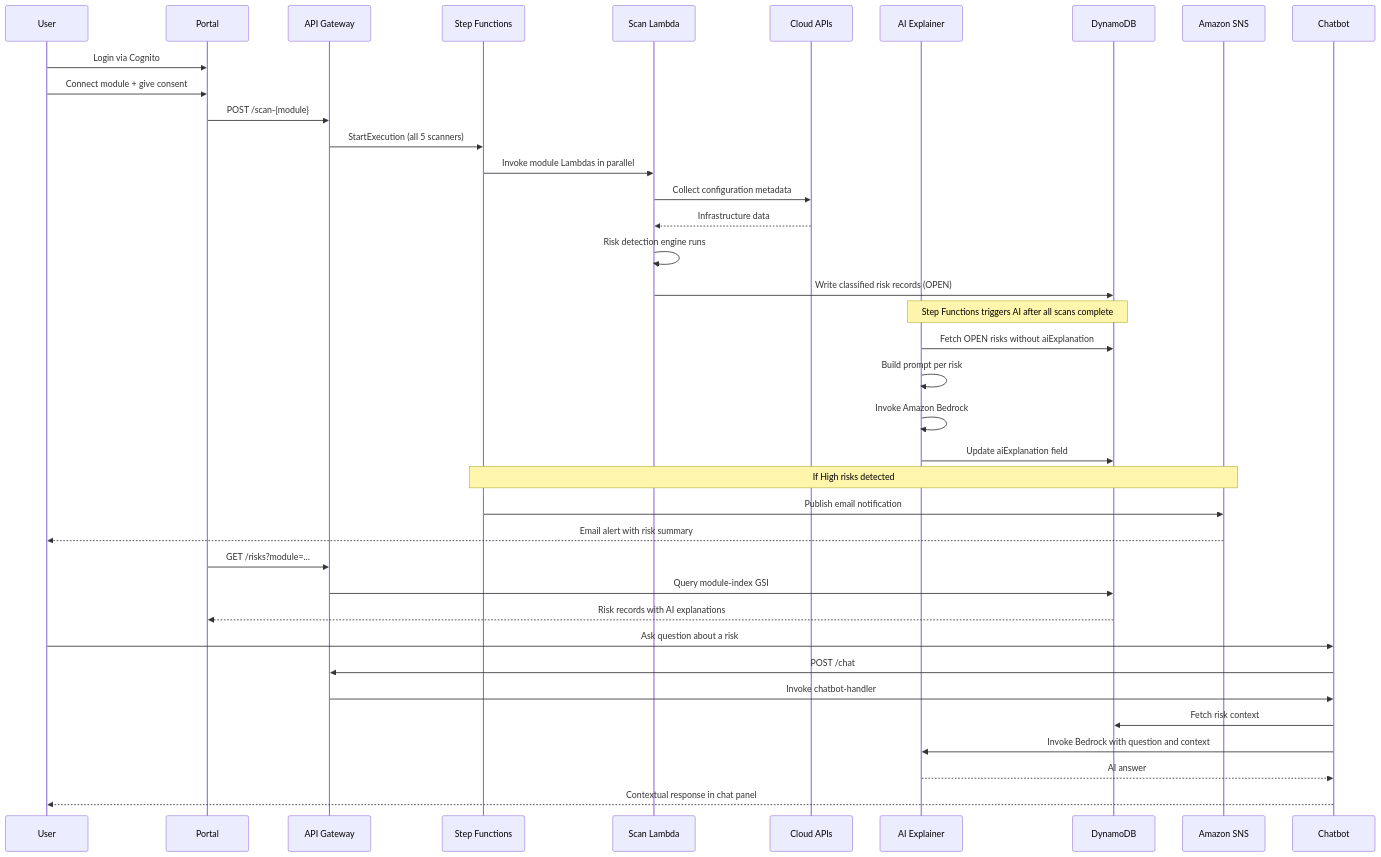
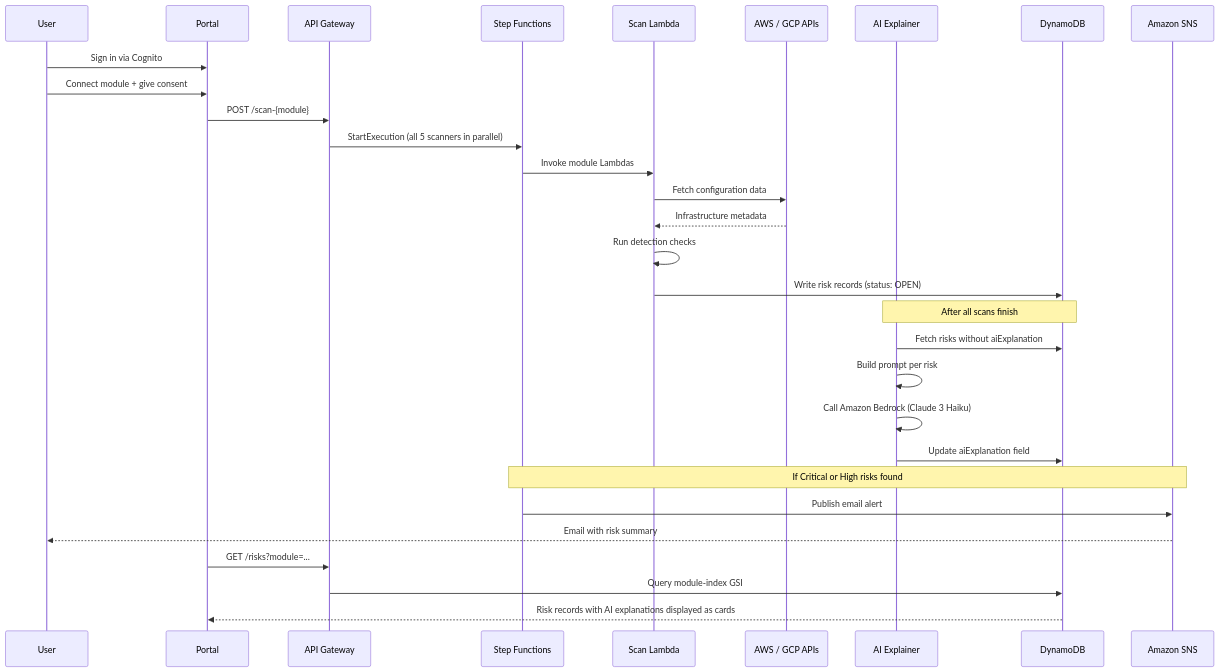
Diagram 11 of 12 in ARCHITECTURE.md (Sayyaddsameer/CloudSentinel_AI), drawn with Mermaid before and after one commit. The commit also changed other lines of this file and 552 other files, not shown here.

````diff
--- a/ARCHITECTURE.md
+++ b/ARCHITECTURE.md
@@ -442,45 +450,36 @@
 ```mermaid
 sequenceDiagram
     participant U as User
     participant P as Portal
     participant AG as API Gateway
     participant SFN as Step Functions
     participant Scan as Scan Lambda
-    participant Cloud as Cloud APIs
+    participant Cloud as AWS / GCP APIs
     participant AI as AI Explainer
     participant DDB as DynamoDB
     participant SNS as Amazon SNS
-    participant Chat as Chatbot
 
-    U->>P: Login via Cognito
+    U->>P: Sign in via Cognito
     U->>P: Connect module + give consent
     P->>AG: POST /scan-{module}
-    AG->>SFN: StartExecution (all 5 scanners)
-    SFN->>Scan: Invoke module Lambdas in parallel
-    Scan->>Cloud: Collect configuration metadata
-    Cloud-->>Scan: Infrastructure data
-    Scan->>Scan: Risk detection engine runs
-    Scan->>DDB: Write classified risk records (OPEN)
+    AG->>SFN: StartExecution (all 5 scanners in parallel)
+    SFN->>Scan: Invoke module Lambdas
+    Scan->>Cloud: Fetch configuration data
+    Cloud-->>Scan: Infrastructure metadata
+    Scan->>Scan: Run detection checks
+    Scan->>DDB: Write risk records (status: OPEN)
 
-    Note over AI,DDB: Step Functions triggers AI after all scans complete
-    AI->>DDB: Fetch OPEN risks without aiExplanation
+    Note over AI,DDB: After all scans finish
+    AI->>DDB: Fetch risks without aiExplanation
     AI->>AI: Build prompt per risk
-    AI->>AI: Invoke Amazon Bedrock
+    AI->>AI: Call Amazon Bedrock (Claude 3 Haiku)
     AI->>DDB: Update aiExplanation field
 
-    Note over SFN,SNS: If High risks detected
-    SFN->>SNS: Publish email notification
-    SNS-->>U: Email alert with risk summary
+    Note over SFN,SNS: If Critical or High risks found
+    SFN->>SNS: Publish email alert
+    SNS-->>U: Email with risk summary
 
     P->>AG: GET /risks?module=...
     AG->>DDB: Query module-index GSI
-    DDB-->>P: Risk records with AI explanations
-
-    U->>Chat: Ask question about a risk
-    Chat->>AG: POST /chat
-    AG->>Chat: Invoke chatbot-handler
-    Chat->>DDB: Fetch risk context
-    Chat->>AI: Invoke Bedrock with question and context
-    AI-->>Chat: AI answer
-    Chat-->>U: Contextual response in chat panel
+    DDB-->>P: Risk records with AI explanations displayed as cards
 ```
````
